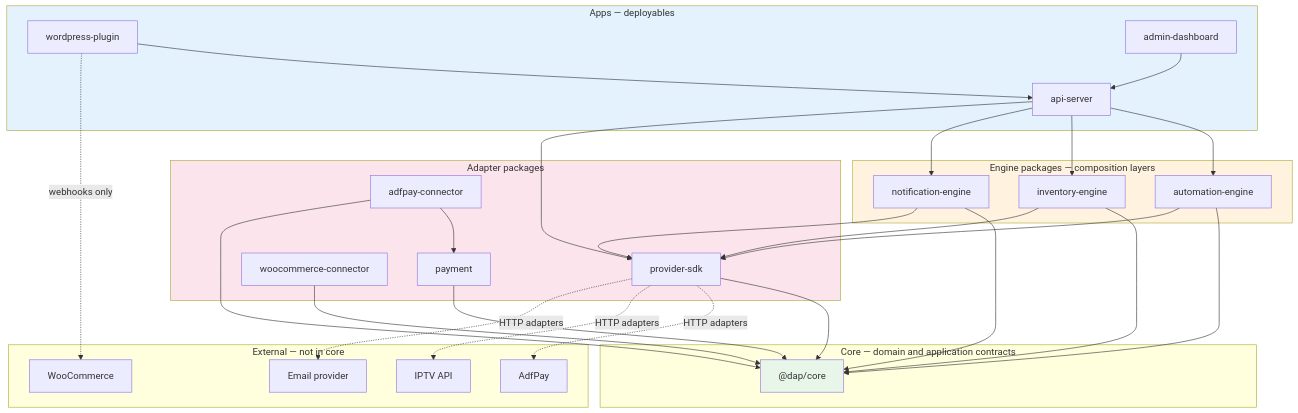
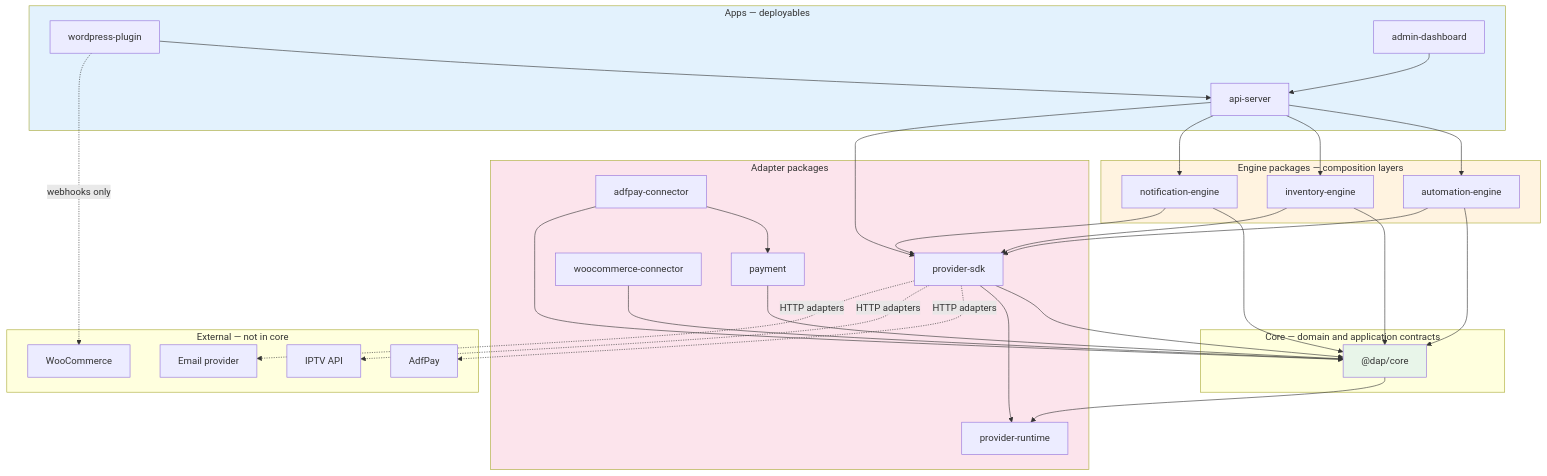
One commit to 00smm1/digital-automation-platform changed the diagram in docs/PACKAGE_BOUNDARIES.md. Above: the diagram before and after it, drawn with Mermaid. The commit also changed other lines of this file and 116 other files, not shown here.

First line of the commit message:
Add provider-neutral runtime and migrate digital fulfillment provisioning.

````diff
--- a/docs/PACKAGE_BOUNDARIES.md
+++ b/docs/PACKAGE_BOUNDARIES.md
@@ -11,63 +11,67 @@
 ```mermaid
 flowchart TB
     subgraph apps [Apps — deployables]
         API[api-server]
         WP[wordpress-plugin]
         ADMIN[admin-dashboard]
     end
 
     subgraph engines [Engine packages — composition layers]
         AE[automation-engine]
         IE[inventory-engine]
         NE[notification-engine]
     end
 
     subgraph adapters [Adapter packages]
+        PRRT[provider-runtime]
         PSDk[provider-sdk]
         WCC[woocommerce-connector]
         PAYPKG[payment]
         ADF[adfpay-connector]
     end
 
     subgraph core [Core — domain and application contracts]
         CORE["@dap/core"]
     end
 
     subgraph vendors [External — not in core]
         PAY[AdfPay]
         IPTV[IPTV API]
         EMAIL[Email provider]
         WC[WooCommerce]
     end
 
     API --> AE
     API --> IE
     API --> NE
     API --> PSDk
     WP --> API
     ADMIN --> API
 
     AE --> CORE
     IE --> CORE
     NE --> CORE
 
+    CORE --> PRRT
+
     AE --> PSDk
     IE --> PSDk
     NE --> PSDk
 
     PSDk --> CORE
+    PSDk --> PRRT
     WCC --> CORE
     PAYPKG --> CORE
     ADF --> PAYPKG
     ADF --> CORE
 
     PSDk -.->|HTTP adapters| PAY
     PSDk -.->|HTTP adapters| IPTV
     PSDk -.->|HTTP adapters| EMAIL
     WP -.->|webhooks only| WC
 
     style CORE fill:#e8f5e9
     style apps fill:#e3f2fd
     style engines fill:#fff3e0
     style adapters fill:#fce4ec
 ```
````
